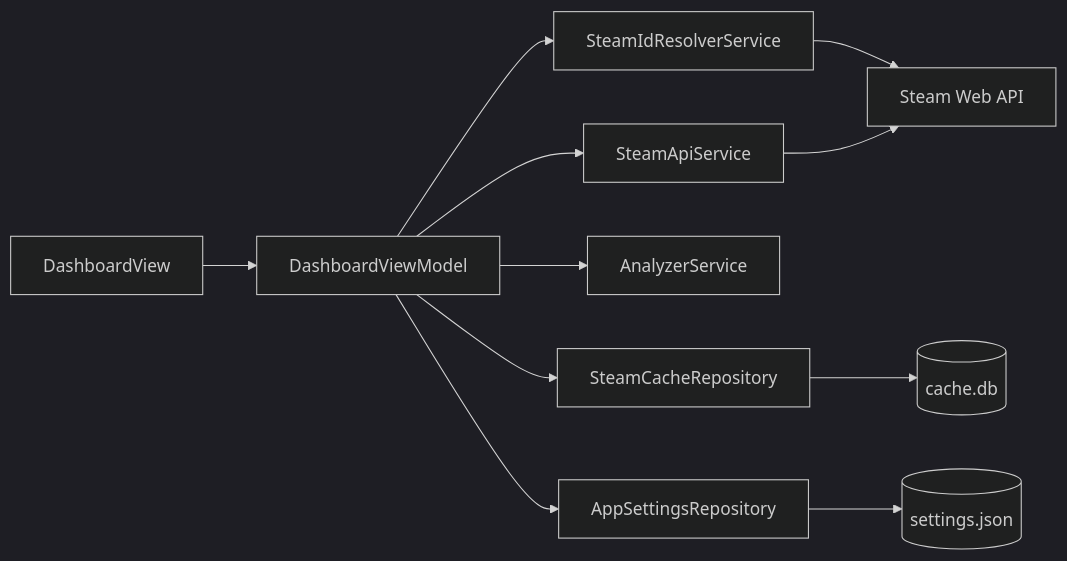
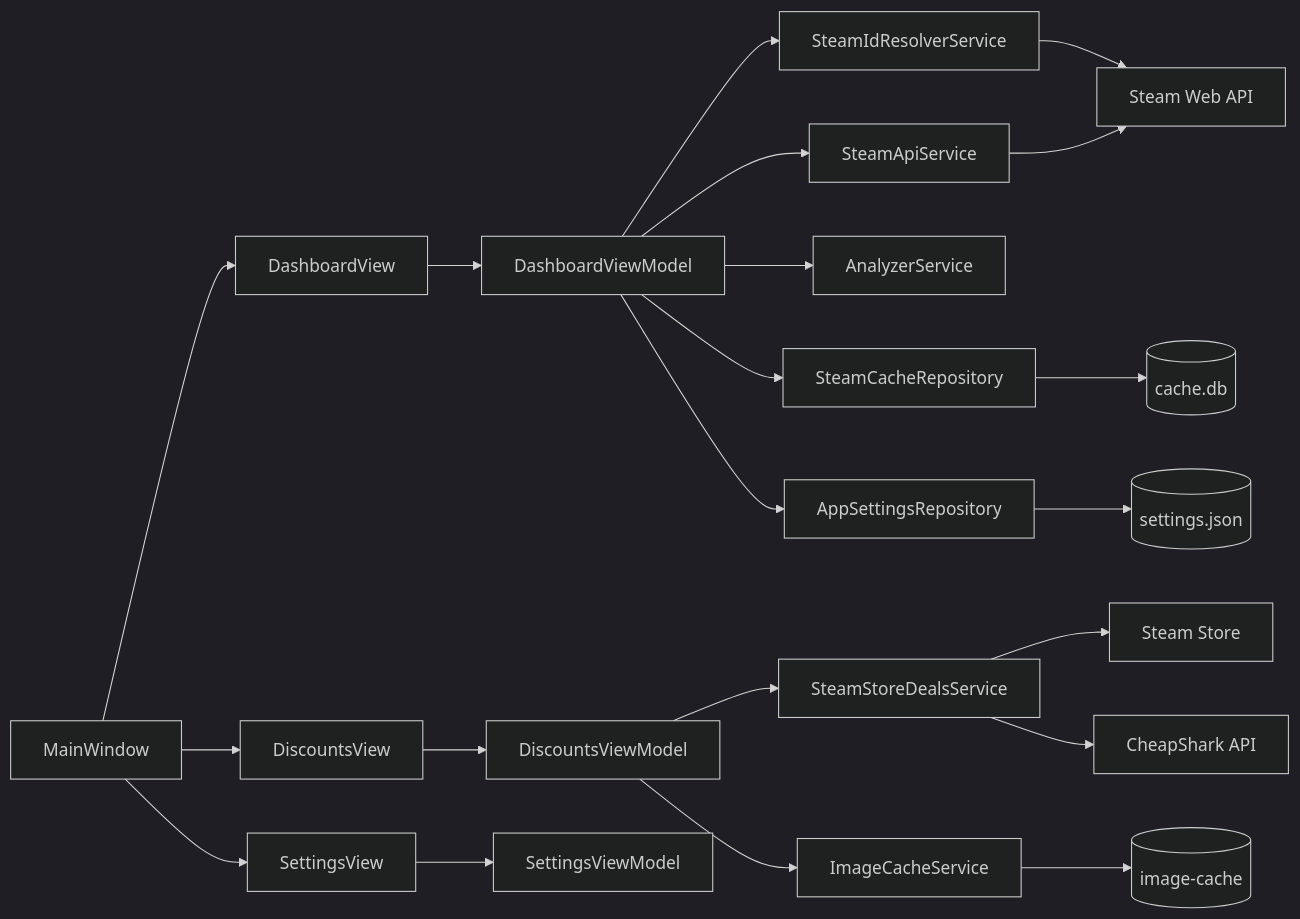
Before and after one commit to Maplelanyan/OpenSteamAnalyzer: the diagram in README.md, drawn with Mermaid (dark theme). The commit also changed other lines of this file and 34 other files, not shown here.

````diff
--- a/README.md
+++ b/README.md
@@ -153,13 +166,27 @@
 ```mermaid
 flowchart LR
-    View["DashboardView"] --> ViewModel["DashboardViewModel"]
-    ViewModel --> Resolver["SteamIdResolverService"]
-    ViewModel --> Api["SteamApiService"]
-    ViewModel --> Analyzer["AnalyzerService"]
-    ViewModel --> Cache["SteamCacheRepository"]
-    ViewModel --> Settings["AppSettingsRepository"]
+    Main["MainWindow"] --> Dashboard["DashboardView"]
+    Main --> Discounts["DiscountsView"]
+    Main --> Settings["SettingsView"]
+
+    Dashboard --> DashboardVm["DashboardViewModel"]
+    Discounts --> DiscountsVm["DiscountsViewModel"]
+    Settings --> SettingsVm["SettingsViewModel"]
+
+    DashboardVm --> Resolver["SteamIdResolverService"]
+    DashboardVm --> SteamApi["SteamApiService"]
+    DashboardVm --> Analyzer["AnalyzerService"]
+    DashboardVm --> Cache["SteamCacheRepository"]
+    DashboardVm --> SettingsRepo["AppSettingsRepository"]
+
+    DiscountsVm --> Deals["SteamStoreDealsService"]
+    DiscountsVm --> ImageCache["ImageCacheService"]
+
     Resolver --> Steam["Steam Web API"]
-    Api --> Steam
+    SteamApi --> Steam
+    Deals --> Store["Steam Store"]
+    Deals --> CheapShark["CheapShark API"]
     Cache --> Db[("cache.db")]
-    Settings --> Json[("settings.json")]
+    SettingsRepo --> Json[("settings.json")]
+    ImageCache --> Images[("image-cache")]
 ```
````
